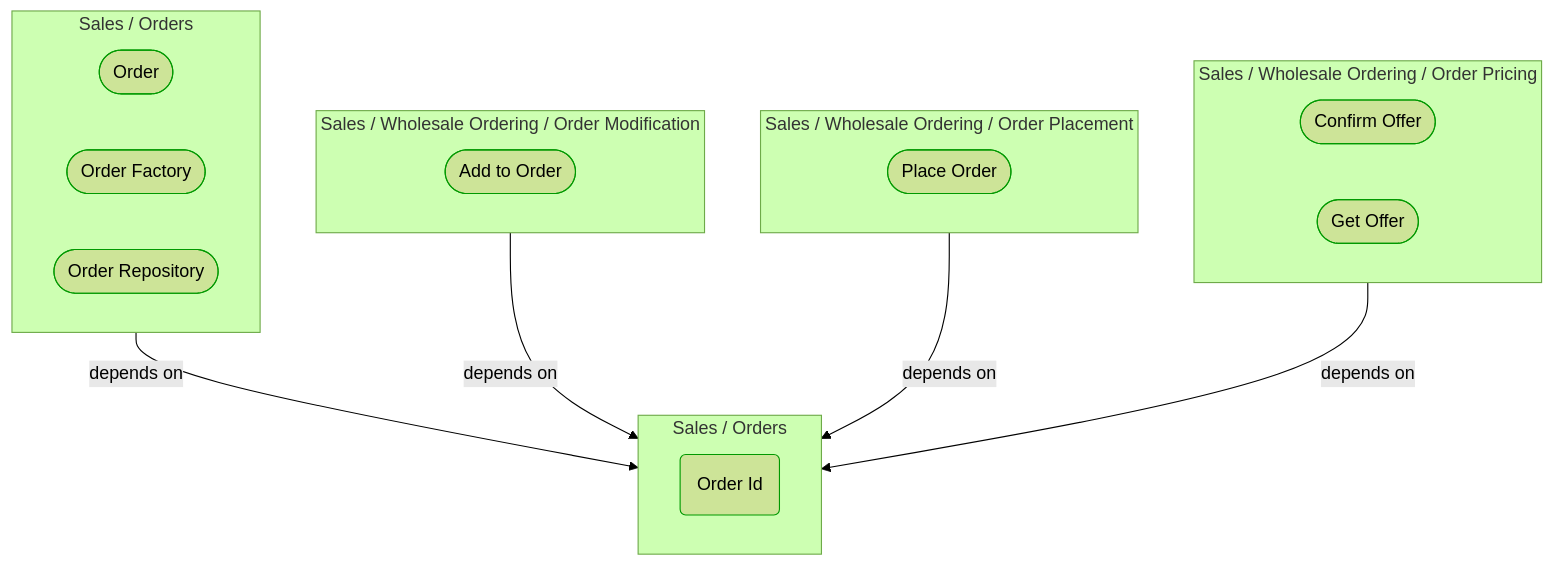
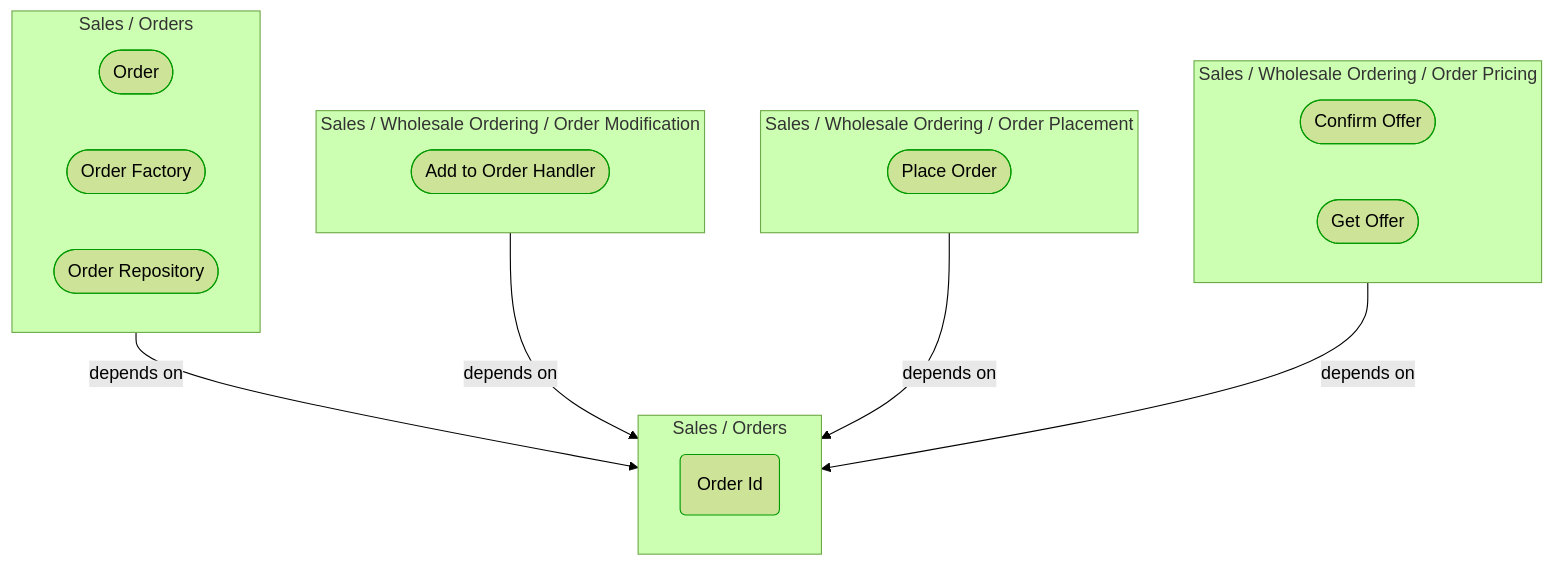
The first of 2 diagrams in Docs/P3/MermaidOutput/Domain/Concepts/Sales/Orders/OrderId.md (itlibrium/DDD-starter-dotnet), drawn with Mermaid (forest theme) before and after one commit. The commit also changed other lines of this file and 89 other files, not shown here.

````diff
--- a/Docs/P3/MermaidOutput/Domain/Concepts/Sales/Orders/OrderId.md
+++ b/Docs/P3/MermaidOutput/Domain/Concepts/Sales/Orders/OrderId.md
@@ -20,36 +20,36 @@
 ```mermaid
   flowchart TB
     subgraph 0["Sales / Orders"]
       1([Order])
       class 1 DomainPerspective
       2([Order Factory])
       class 2 DomainPerspective
       3([Order Repository])
       class 3 DomainPerspective
     end
     subgraph 4["Sales / Wholesale Ordering / Order Modification"]
-      5([Add to Order])
+      5([Add to Order Handler])
       class 5 DomainPerspective
     end
     subgraph 6["Sales / Wholesale Ordering / Order Placement"]
       7([Place Order])
       class 7 DomainPerspective
     end
     subgraph 8["Sales / Wholesale Ordering / Order Pricing"]
       9([Confirm Offer])
       class 9 DomainPerspective
       10([Get Offer])
       class 10 DomainPerspective
     end
     subgraph 11["Sales / Orders"]
       12(Order Id)
       class 12 DomainPerspective
     end
     0-->|depends on|11
     4-->|depends on|11
     6-->|depends on|11
     8-->|depends on|11
     classDef DomainPerspective stroke:#009900
     classDef TechnologyPerspective stroke:#1F41EB
     classDef PeoplePerspective stroke:#FFF014
 ```
````
